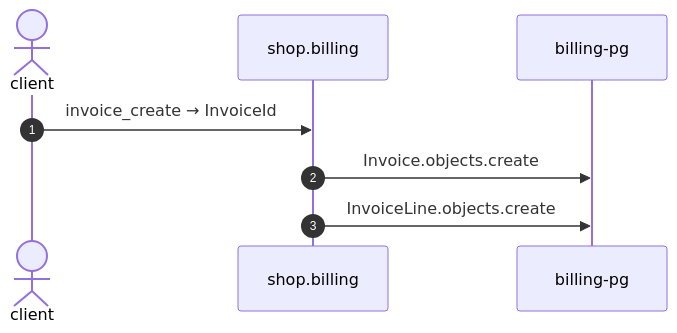
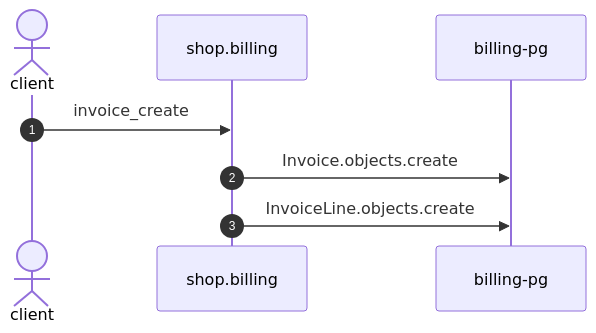
The diagram in exports/mermaid/billing-invoice-create.mmd (shortlink-org/portolan), drawn with Mermaid before and after one commit. The commit also changed 172 other files, not shown here.

```diff
--- a/exports/mermaid/billing-invoice-create.mmd
+++ b/exports/mermaid/billing-invoice-create.mmd
@@ -1,8 +1,8 @@
 sequenceDiagram
     autonumber
     actor p0 as client
     participant p1 as shop.billing
     participant p2 as billing-pg
-    p0->>p1: invoice_create → InvoiceId
+    p0->>p1: invoice_create
     p1->>p2: Invoice.objects.create
     p1->>p2: InvoiceLine.objects.create
```
